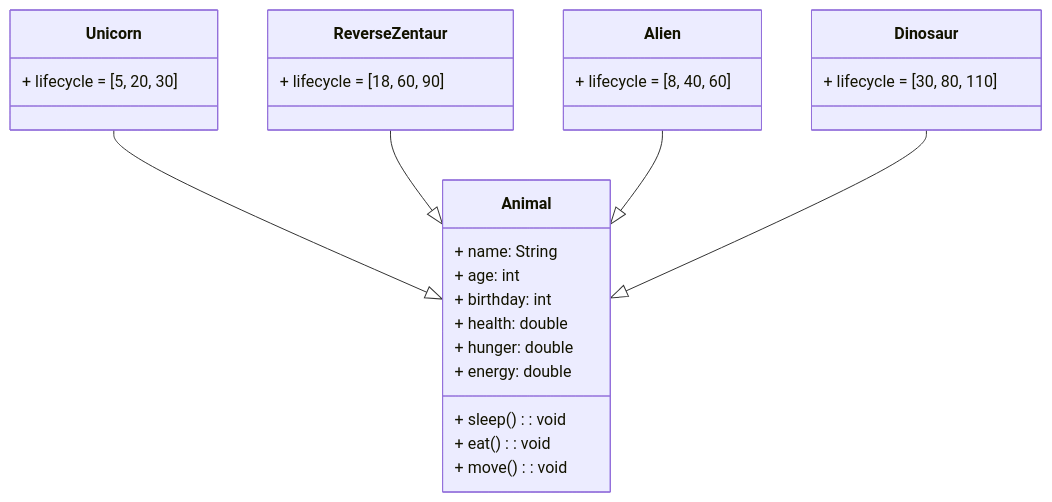
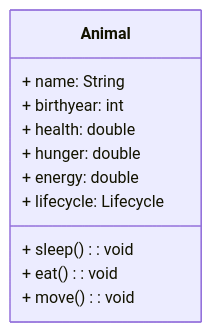
Before and after one commit to mohammaderfanx/SpaceZoo: the diagram in docs/backend/animal.md, drawn with Mermaid. The commit also changed 16 other files, not shown here.

````diff
--- a/docs/backend/animal.md
+++ b/docs/backend/animal.md
@@ -2,42 +2,21 @@
 ```mermaid
 classDiagram
 
 class Animal {
     + name: String
-    + age: int
-    + birthday: int
+    + birthyear: int
     + health: double
     + hunger: double
     + energy: double
+    + lifecycle: Lifecycle
     + sleep(): void
     + eat(): void
     + move(): void
 }
 
 
-class Unicorn {
-    + lifecycle = [5, 20, 30]
-}
-Unicorn --|> Animal
-
-class ReverseZentaur {
-    + lifecycle = [18, 60, 90]
-}
-ReverseZentaur --|> Animal
-
-
-class Alien {
-    + lifecycle = [8, 40, 60]
-}
-Alien --|> Animal
-
-
-class Dinosaur {
-    + lifecycle = [30, 80, 110]
-}
-Dinosaur --|> Animal
 
 
 
 
 ```
````
